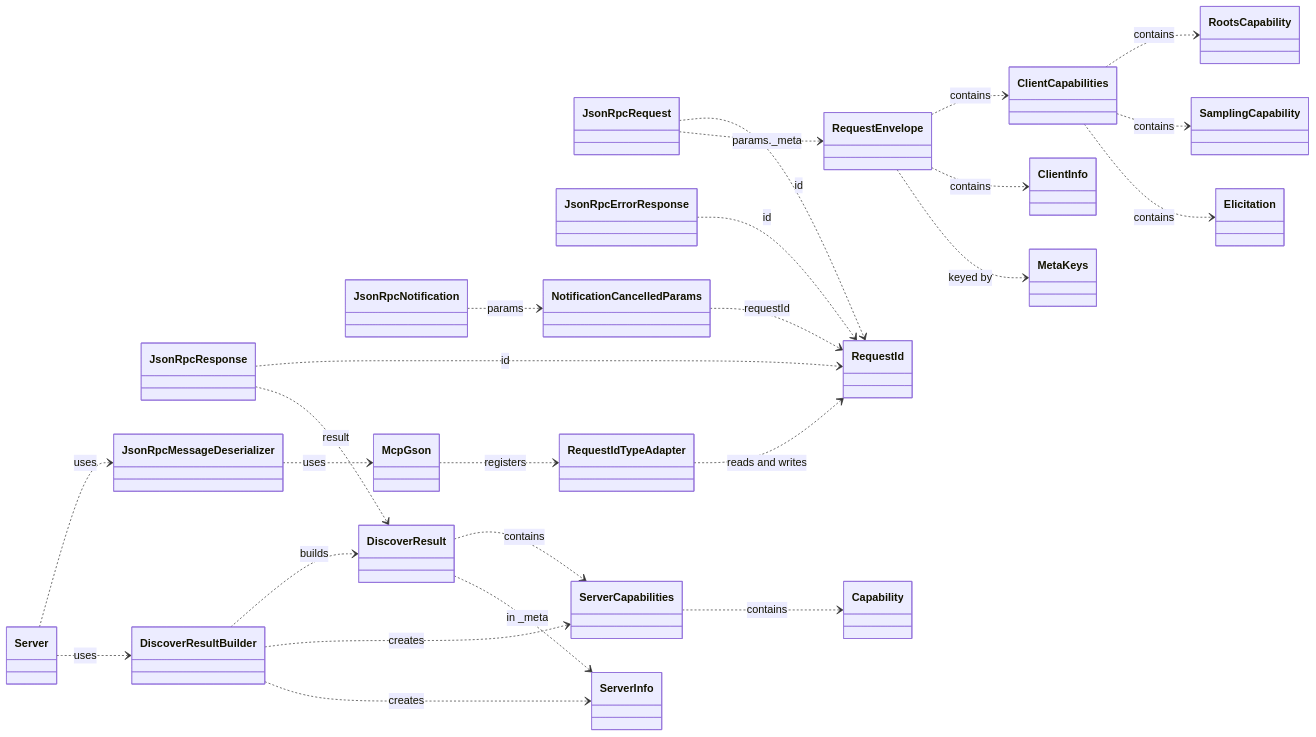
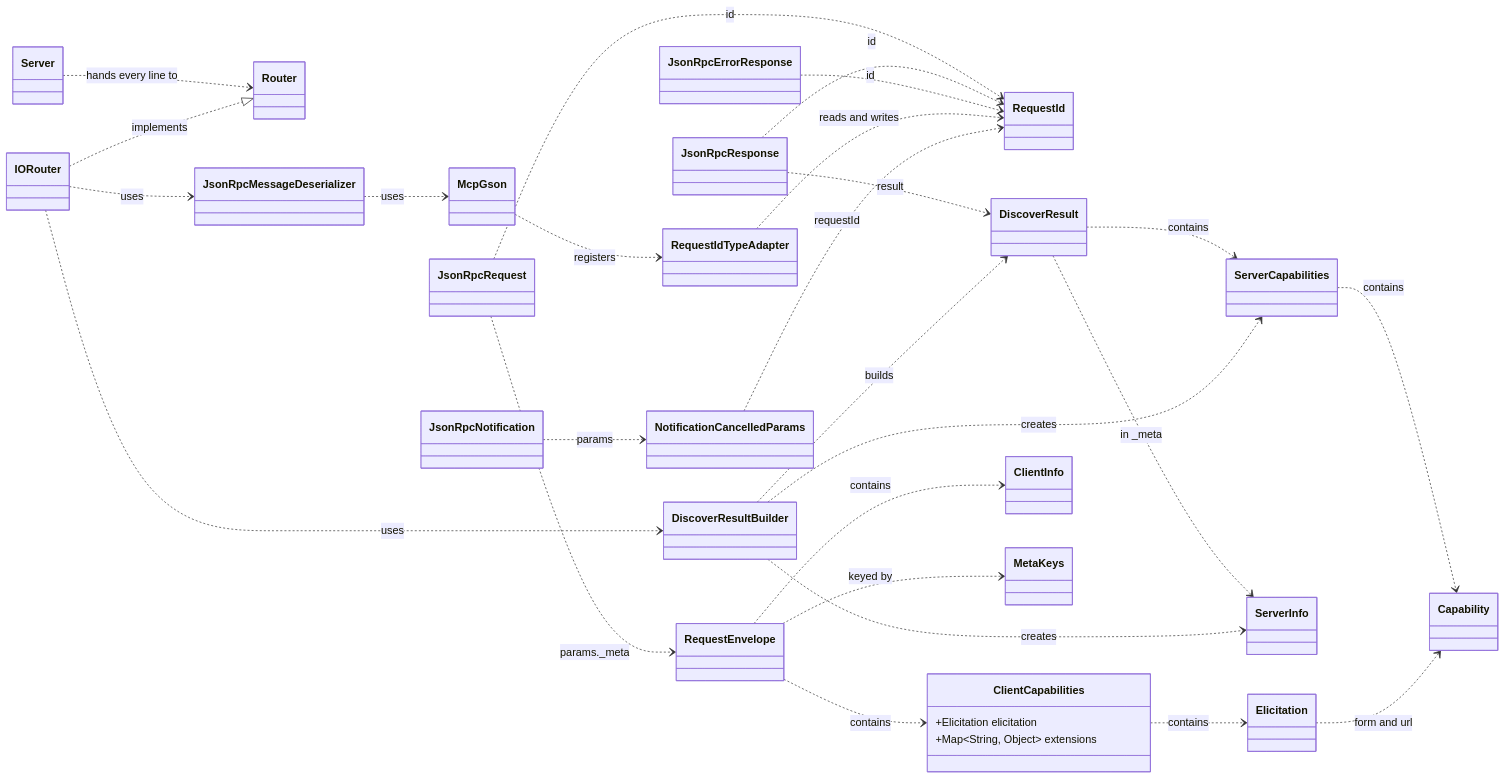
The diagram in lessons/03-class-diagram.md (David-Parry/agent-mcp-workshop), drawn with Mermaid before and after one commit. The commit also changed 138 other files, not shown here.

````diff
--- a/lessons/03-class-diagram.md
+++ b/lessons/03-class-diagram.md
@@ -3,69 +3,73 @@
 ```mermaid
 classDiagram
     direction LR
 
     %% JsonRpc Classes
     class JsonRpcRequest
     class JsonRpcResponse
     class JsonRpcNotification
     class JsonRpcErrorResponse
 
     %% Identity — an id is a string or a number
     class RequestId
     class RequestIdTypeAdapter
     class McpGson
 
     %% Core Protocol Classes
     class DiscoverResult
     class RequestEnvelope
     class NotificationCancelledParams
 
     %% Supporting Classes
     class ServerCapabilities
-    class ClientCapabilities
+    class ClientCapabilities {
+        +Elicitation elicitation
+        +Map~String, Object~ extensions
+    }
     class ServerInfo
     class ClientInfo
     class Capability
-    class RootsCapability
-    class SamplingCapability
     class Elicitation
     class MetaKeys
 
     %% Server and related
     class Server
+    class Router
+    class IORouter
     class JsonRpcMessageDeserializer
     class DiscoverResultBuilder
 
     %% Relationships
     JsonRpcRequest ..> RequestId : id
     JsonRpcResponse ..> RequestId : id
     JsonRpcErrorResponse ..> RequestId : id
     RequestIdTypeAdapter ..> RequestId : reads and writes
     McpGson ..> RequestIdTypeAdapter : registers
 
     JsonRpcRequest ..> RequestEnvelope : params._meta
     JsonRpcResponse ..> DiscoverResult : result
 
     JsonRpcNotification ..> NotificationCancelledParams : params
     NotificationCancelledParams ..> RequestId : requestId
 
     DiscoverResult ..> ServerCapabilities : contains
     DiscoverResult ..> ServerInfo : in _meta
 
     RequestEnvelope ..> ClientCapabilities : contains
     RequestEnvelope ..> ClientInfo : contains
     RequestEnvelope ..> MetaKeys : keyed by
 
     ServerCapabilities ..> Capability : contains
-    ClientCapabilities ..> RootsCapability : contains
-    ClientCapabilities ..> SamplingCapability : contains
     ClientCapabilities ..> Elicitation : contains
+    Elicitation ..> Capability : form and url
 
-    Server ..> JsonRpcMessageDeserializer : uses
-    Server ..> DiscoverResultBuilder : uses
+    Server ..> Router : hands every line to
+    IORouter ..|> Router : implements
+    IORouter ..> JsonRpcMessageDeserializer : uses
+    IORouter ..> DiscoverResultBuilder : uses
     JsonRpcMessageDeserializer ..> McpGson : uses
 
     DiscoverResultBuilder ..> DiscoverResult : builds
     DiscoverResultBuilder ..> ServerCapabilities : creates
     DiscoverResultBuilder ..> ServerInfo : creates
 ```
````
